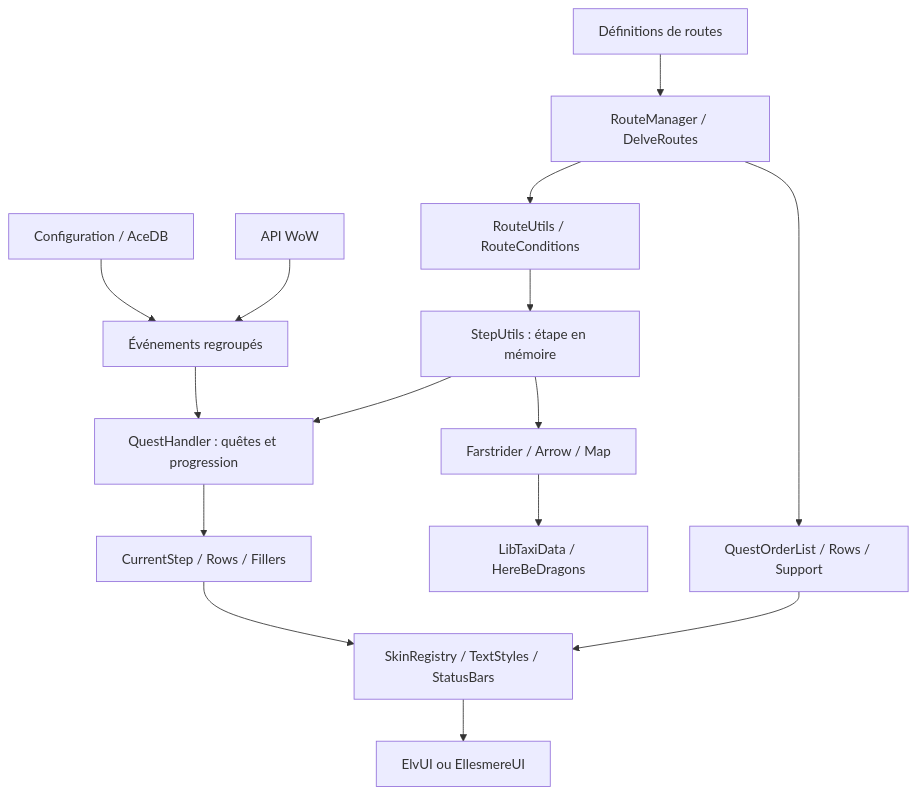
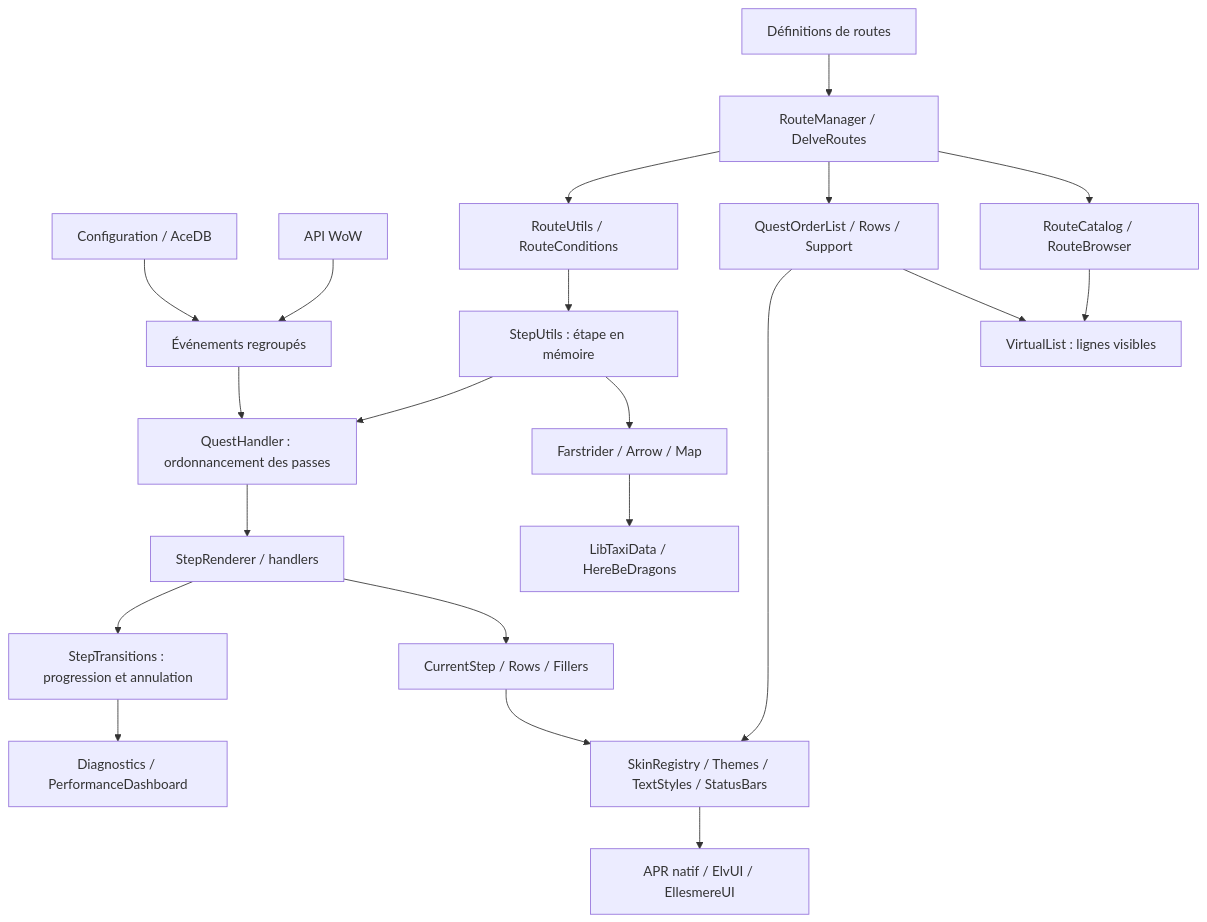
The diagram in APR-Core/README.md (Azeroth-Pilot-Reloaded/azeroth-pilot-reloaded), drawn with Mermaid before and after one commit. The commit also changed other lines of this file and 1 other file, not shown here.

````diff
--- a/APR-Core/README.md
+++ b/APR-Core/README.md
@@ -28,17 +29,23 @@
 ```mermaid
 flowchart TD
     Settings[Configuration / AceDB] --> Events[Événements regroupés]
     Game[API WoW] --> Events
     Routes[Définitions de routes] --> Engine[RouteManager / DelveRoutes]
     Engine --> Filters[RouteUtils / RouteConditions]
     Filters --> Step[StepUtils : étape en mémoire]
-    Events --> Quest[QuestHandler : quêtes et progression]
+    Events --> Quest[QuestHandler : ordonnancement des passes]
+    Quest --> Renderer[StepRenderer / handlers]
+    Renderer --> Transitions[StepTransitions : progression et annulation]
     Step --> Quest
-    Quest --> Current[CurrentStep / Rows / Fillers]
+    Renderer --> Current[CurrentStep / Rows / Fillers]
     Engine --> Preview[QuestOrderList / Rows / Support]
     Step --> Navigation[Farstrider / Arrow / Map]
     Navigation --> Taxi[LibTaxiData / HereBeDragons]
-    Current --> Registry[SkinRegistry / TextStyles / StatusBars]
+    Current --> Registry[SkinRegistry / Themes / TextStyles / StatusBars]
     Preview --> Registry
-    Registry --> Skins[ElvUI ou EllesmereUI]
+    Registry --> Skins[APR natif / ElvUI / EllesmereUI]
+    Engine --> Catalog[RouteCatalog / RouteBrowser]
+    Catalog --> Virtual[VirtualList : lignes visibles]
+    Preview --> Virtual
+    Transitions --> Diagnostics[Diagnostics / PerformanceDashboard]
 ```
````
